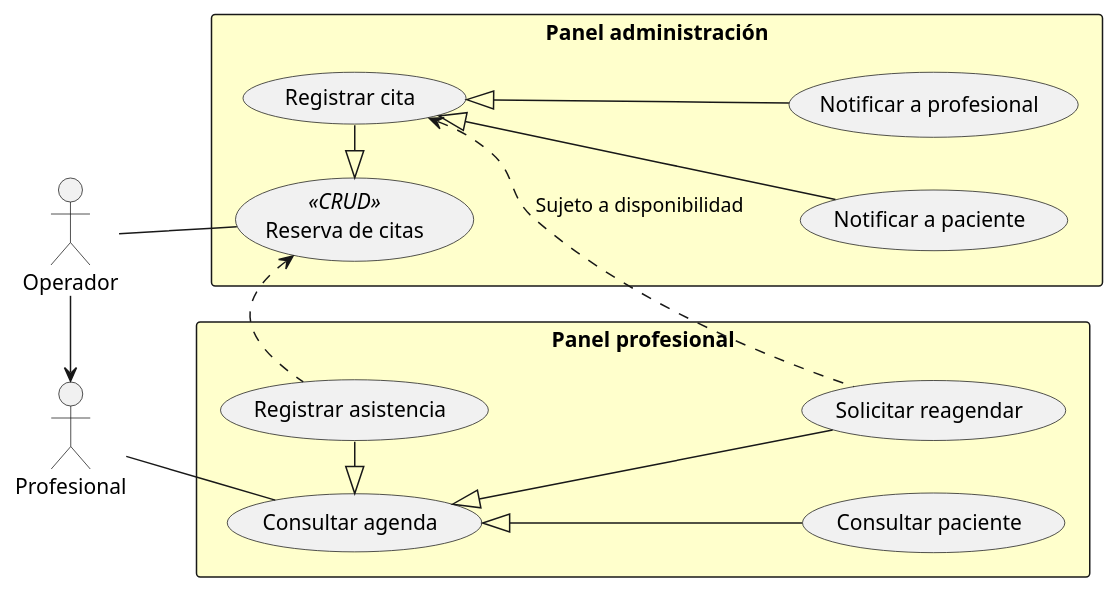
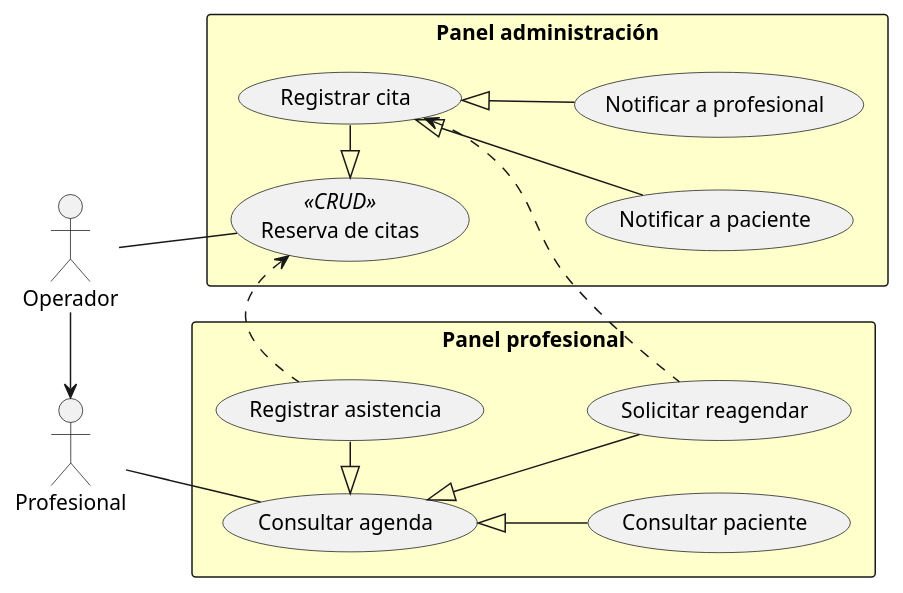
One commit to capsi-ucp/capsi-ucp.github.io changed the diagram in ROOT/modules/proyecto/puml/citas-usecase.puml. Above: the diagram before and after it, drawn with PlantUML.

Commit message:
Caso de uso de lógica de negocio para la reserva de citas

```diff
--- a/ROOT/modules/proyecto/puml/citas-usecase.puml
+++ b/ROOT/modules/proyecto/puml/citas-usecase.puml
@@ -1,34 +1,34 @@
 @startuml
 left to right direction
 actor Operador
 actor Profesional
 
 rectangle "Panel administración" #BUSINESS {
     usecase "Reserva de citas" <<CRUD>> as AdminCitas
     usecase "Registrar cita" as Citar
     usecase "Notificar a paciente" as NotificarPaciente
     usecase "Notificar a profesional" as NotificarProfesional
 }
 rectangle "Panel profesional" #BUSINESS {
     usecase "Consultar agenda" as Agenda
     usecase "Consultar paciente" as ConsultarPaciente
     usecase "Registrar asistencia" as Asistencia
     usecase "Solicitar reagendar" as Reagendar
 }
 
 AdminCitas <|- Citar
 Citar <|-- NotificarPaciente
 Citar <|-- NotificarProfesional
 
 AdminCitas <. Asistencia
 Agenda <|- Asistencia
 
-Citar <.- Reagendar: Sujeto a disponibilidad
+Citar <.- Reagendar
 Agenda <|-- Reagendar
 
 Agenda <|-- ConsultarPaciente
 
 Operador -> Profesional
 Operador -- AdminCitas
 Profesional -- Agenda
 @enduml
```
